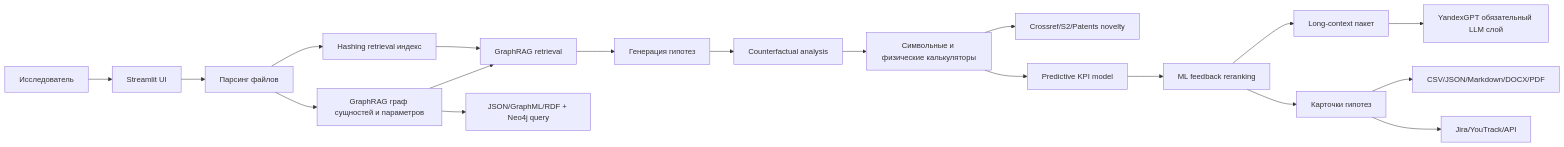
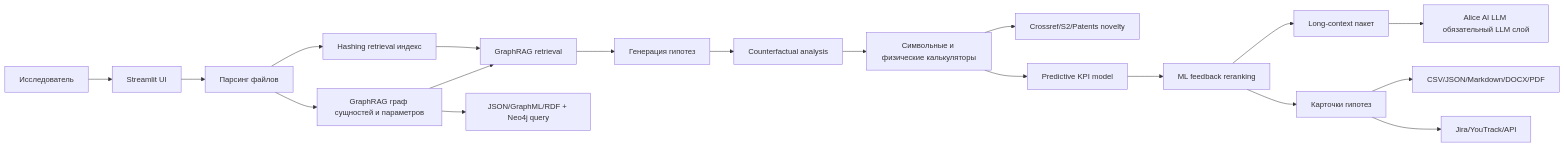
Before and after one commit to baxic-top-projects/hackaton: the diagram in README.md, drawn with Mermaid. The commit also changed other lines of this file and 4 other files, not shown here.

````diff
--- a/README.md
+++ b/README.md
@@ -250,21 +250,21 @@
 ```mermaid
 flowchart LR
     user["Исследователь"] --> ui["Streamlit UI"]
     ui --> ingestion["Парсинг файлов"]
     ingestion --> textIndex["Hashing retrieval индекс"]
     ingestion --> graphIndex["GraphRAG граф сущностей и параметров"]
     textIndex --> graphRetrieval["GraphRAG retrieval"]
     graphIndex --> graphStore["JSON/GraphML/RDF + Neo4j query"]
     graphIndex --> graphRetrieval
     graphRetrieval --> generator["Генерация гипотез"]
     generator --> counterfactual["Counterfactual analysis"]
     counterfactual --> calculators["Символьные и физические калькуляторы"]
     calculators --> novelty["Crossref/S2/Patents novelty"]
     calculators --> predictive["Predictive KPI model"]
     predictive --> feedback["ML feedback reranking"]
     feedback --> llmContext["Long-context пакет"]
-    llmContext --> yandex["YandexGPT обязательный LLM слой"]
+    llmContext --> yandex["Alice AI LLM обязательный LLM слой"]
     feedback --> cards["Карточки гипотез"]
     cards --> exports["CSV/JSON/Markdown/DOCX/PDF"]
     cards --> trackers["Jira/YouTrack/API"]
 ```
````
